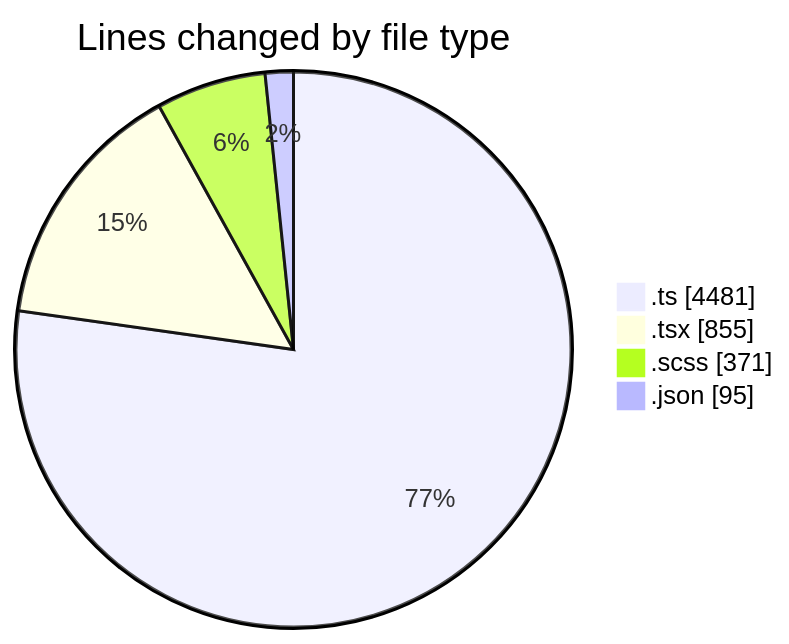
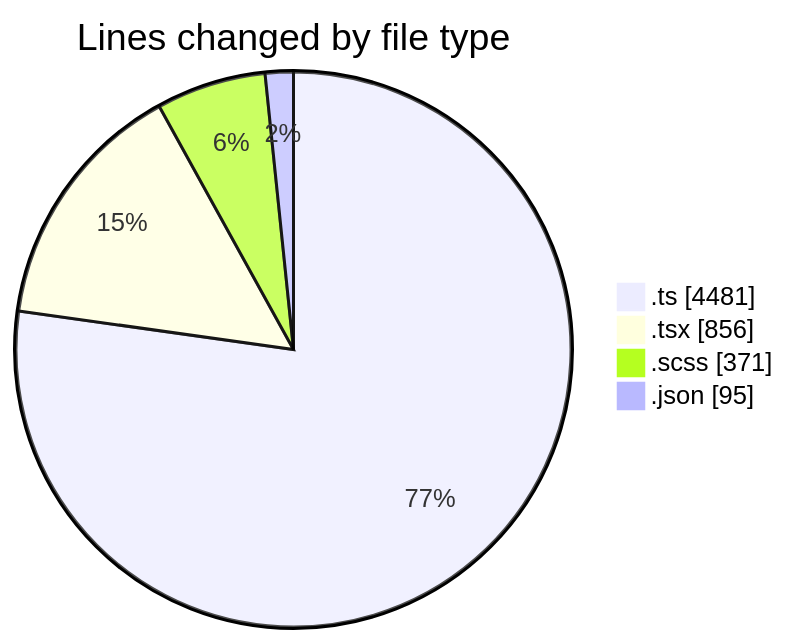
One commit to momahboobian/code-tracking changed the first of 2 diagrams in 2026-10-29/cda/README.md. Above: the diagram before and after it, drawn with Mermaid. The commit also changed other lines of this file and 1 other file, not shown here.

````diff
--- a/2026-10-29/cda/README.md
+++ b/2026-10-29/cda/README.md
@@ -29,8 +29,8 @@
 ```mermaid
 pie showData
 title Lines changed by file type
 ".ts" : 4481
-".tsx" : 855
+".tsx" : 856
 ".scss" : 371
 ".json" : 95
 ```
````
